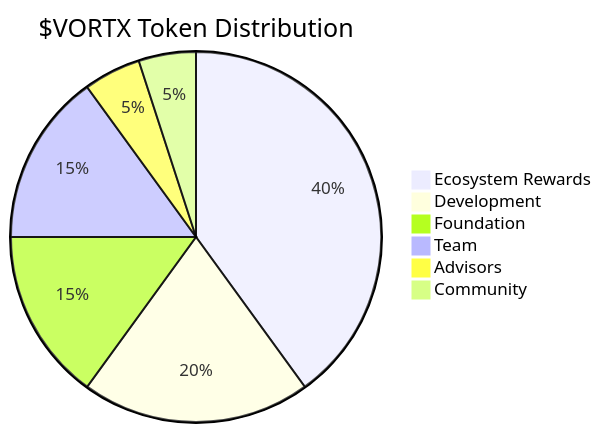
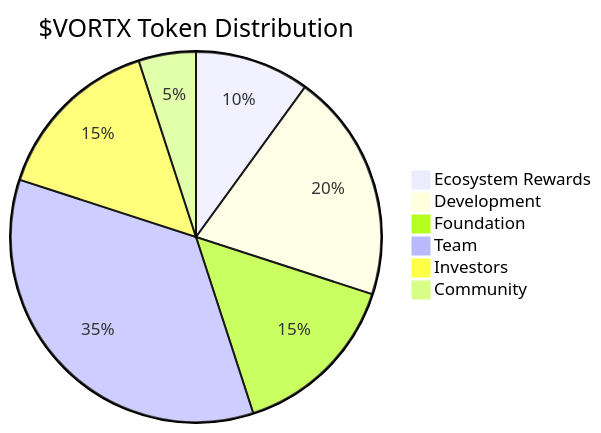
One commit to Vortx-AI/synthetic-satellite changed the first of 4 diagrams in docs/whitepapers/token-economics.md. Above: the diagram before and after it, drawn with Mermaid. The commit also changed other lines of this file, not shown here.

````diff
--- a/docs/whitepapers/token-economics.md
+++ b/docs/whitepapers/token-economics.md
@@ -9,9 +9,9 @@
 ```mermaid
 pie title $VORTX Token Distribution
-    "Ecosystem Rewards" : 40
+    "Ecosystem Rewards" : 10
     "Development" : 20
     "Foundation" : 15
-    "Team" : 15
-    "Advisors" : 5
+    "Team" : 35
+    "Investors" : 15
     "Community" : 5
 ```
````
